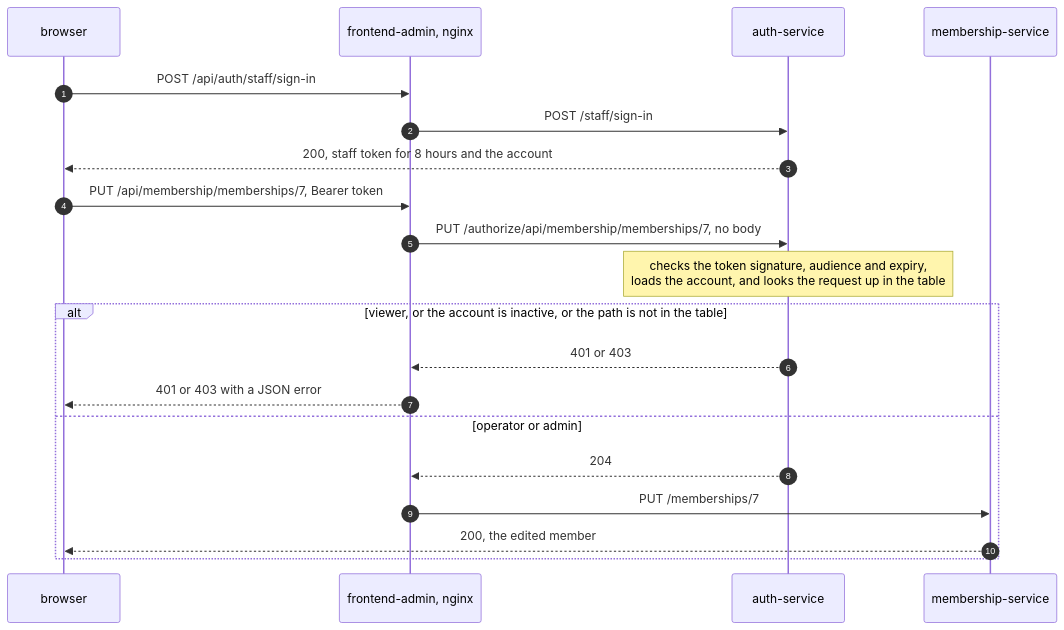
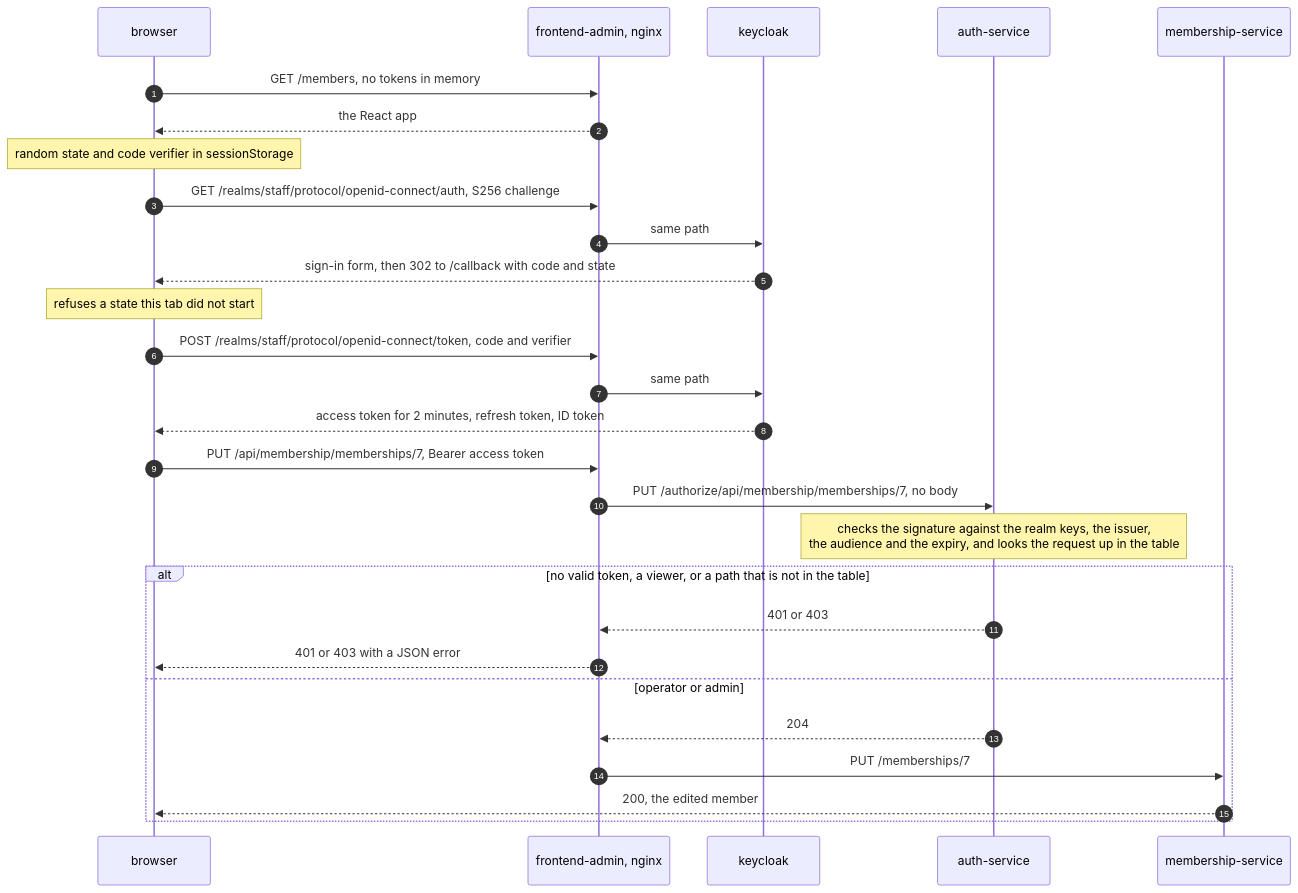
Before and after one commit to chrysaor/JayPay: the second of 4 diagrams in docs/architecture.md, drawn with Mermaid. The commit also changed other lines of this file and 88 other files, not shown here.

First line of the commit message:
feat(auth): sign staff in to the admin console through Keycloak

````diff
--- a/docs/architecture.md
+++ b/docs/architecture.md
@@ -50,23 +50,31 @@
 ```mermaid
 sequenceDiagram
     autonumber
     participant browser as browser
     participant admin as frontend-admin, nginx
+    participant keycloak as keycloak
     participant auth as auth-service
     participant membership as membership-service
 
-    browser->>admin: POST /api/auth/staff/sign-in
-    admin->>auth: POST /staff/sign-in
-    auth-->>browser: 200, staff token for 8 hours and the account
-    browser->>admin: PUT /api/membership/memberships/7, Bearer token
+    browser->>admin: GET /members, no tokens in memory
+    admin-->>browser: the React app
+    Note over browser: random state and code verifier in sessionStorage
+    browser->>admin: GET /realms/staff/protocol/openid-connect/auth, S256 challenge
+    admin->>keycloak: same path
+    keycloak-->>browser: sign-in form, then 302 to /callback with code and state
+    Note over browser: refuses a state this tab did not start
+    browser->>admin: POST /realms/staff/protocol/openid-connect/token, code and verifier
+    admin->>keycloak: same path
+    keycloak-->>browser: access token for 2 minutes, refresh token, ID token
+    browser->>admin: PUT /api/membership/memberships/7, Bearer access token
     admin->>auth: PUT /authorize/api/membership/memberships/7, no body
-    Note over auth: checks the token signature, audience and expiry,<br/>loads the account, and looks the request up in the table
-    alt viewer, or the account is inactive, or the path is not in the table
+    Note over auth: checks the signature against the realm keys, the issuer,<br/>the audience and the expiry, and looks the request up in the table
+    alt no valid token, a viewer, or a path that is not in the table
         auth-->>admin: 401 or 403
         admin-->>browser: 401 or 403 with a JSON error
     else operator or admin
         auth-->>admin: 204
         admin->>membership: PUT /memberships/7
         membership-->>browser: 200, the edited member
     end
 ```
````
